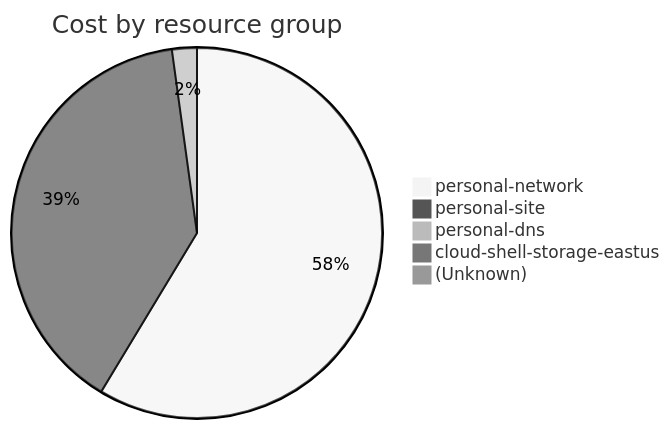
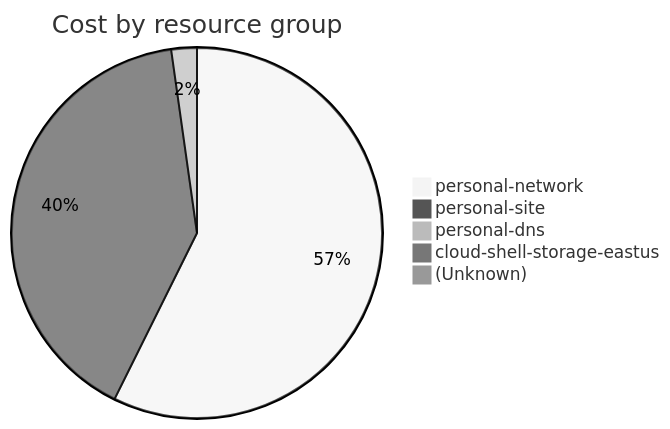
The fourth of 4 diagrams in cost-reports/accumulated-cost.md (jpfulton/azure-personal-reports), drawn with Mermaid (neutral theme) before and after one commit. The commit also changed other lines of this file and 4 other files, not shown here.

````diff
--- a/cost-reports/accumulated-cost.md
+++ b/cost-reports/accumulated-cost.md
@@ -155,9 +155,9 @@
 ```mermaid
 pie
    title Cost by resource group
    "personal-network" : 15.94
-   "personal-site" : 10.65
-   "personal-dns" : 0.59
-   "cloud-shell-storage-eastus" : 0.17
+   "personal-site" : 11.24
+   "personal-dns" : 0.62
+   "cloud-shell-storage-eastus" : 0.18
    "(Unknown)" : 0.10
 ```
````
